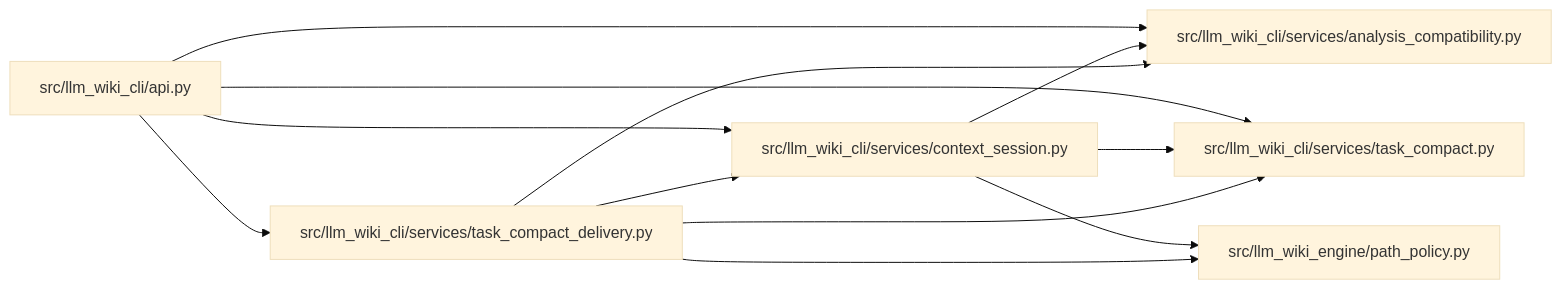
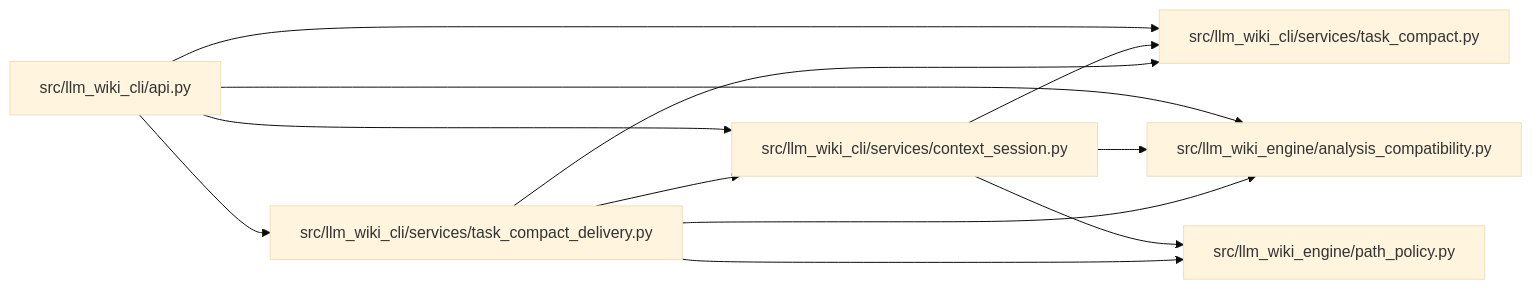
Before and after one commit to Denissvgn/python-wiki-llm: the diagram in docs/llm_wiki/modules/task_compact_delivery.md, drawn with Mermaid (base theme). The commit also changed other lines of this file and 1058 other files, not shown here.

````diff
--- a/docs/llm_wiki/modules/task_compact_delivery.md
+++ b/docs/llm_wiki/modules/task_compact_delivery.md
@@ -22,26 +22,26 @@
 ```mermaid
 flowchart LR
     n0["src/llm_wiki_cli/api.py"]
-    n1["src/llm_wiki_cli/services/analysis_compatibility.py"]
-    n2["src/llm_wiki_cli/services/context_session.py"]
-    n3["src/llm_wiki_cli/services/task_compact.py"]
-    n4["src/llm_wiki_cli/services/task_compact_delivery.py"]
+    n1["src/llm_wiki_cli/services/context_session.py"]
+    n2["src/llm_wiki_cli/services/task_compact.py"]
+    n3["src/llm_wiki_cli/services/task_compact_delivery.py"]
+    n4["src/llm_wiki_engine/analysis_compatibility.py"]
     n5["src/llm_wiki_engine/path_policy.py"]
     n0 --> n1
     n0 --> n2
     n0 --> n3
     n0 --> n4
-    n2 --> n1
-    n2 --> n3
-    n2 --> n5
-    n4 --> n1
-    n4 --> n2
-    n4 --> n3
-    n4 --> n5
+    n1 --> n2
+    n1 --> n4
+    n1 --> n5
+    n3 --> n1
+    n3 --> n2
+    n3 --> n4
+    n3 --> n5
     click n0 "../modules/api.md"
-    click n1 "../modules/analysis_compatibility.md"
-    click n2 "../modules/context_session.md"
-    click n3 "../modules/task_compact.md"
-    click n4 "../modules/task_compact_delivery.md"
+    click n1 "../modules/context_session.md"
+    click n2 "../modules/task_compact.md"
+    click n3 "../modules/task_compact_delivery.md"
+    click n4 "../modules/analysis_compatibility.md"
     click n5 "../modules/path_policy.md"
 ```
````
